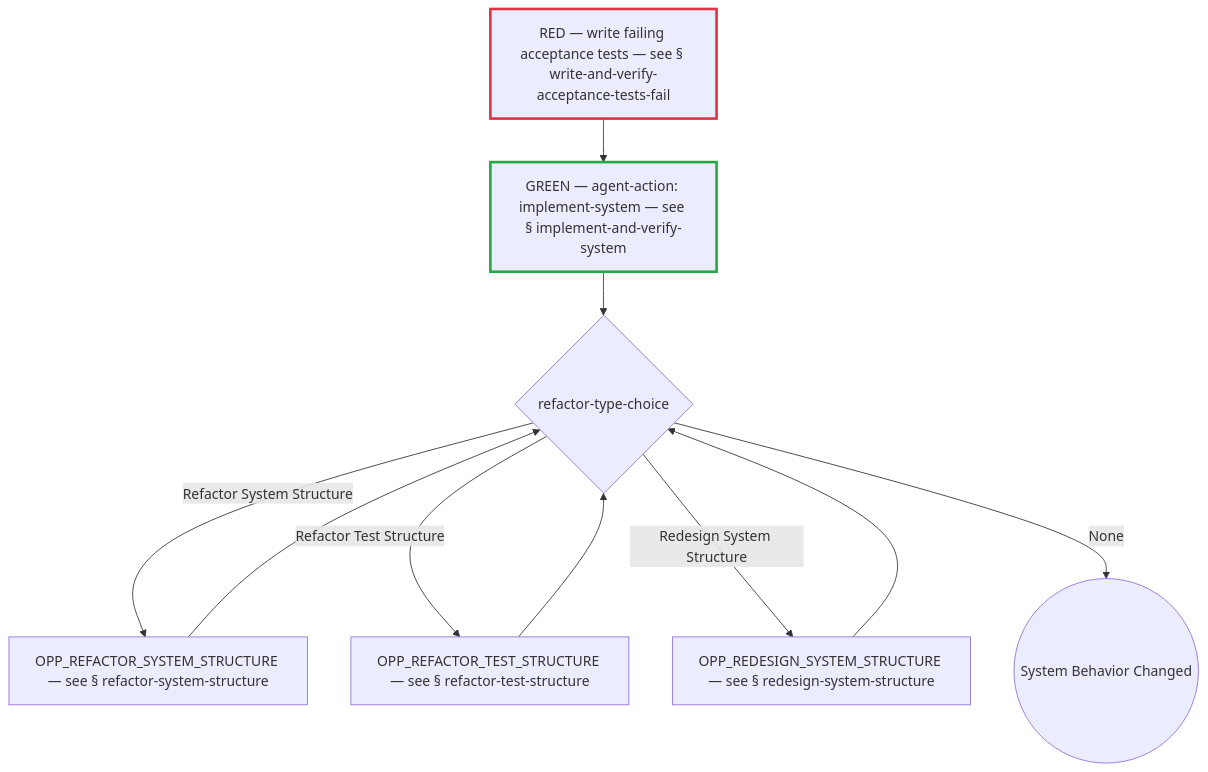
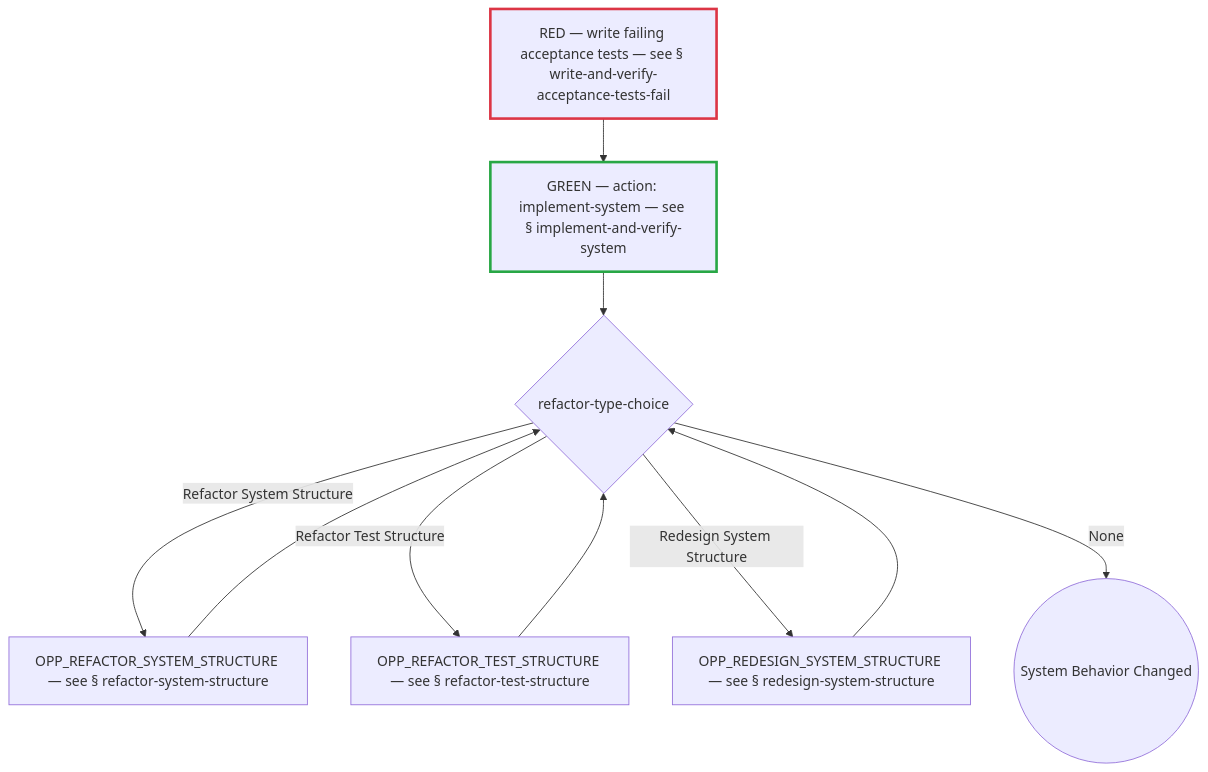
The eighth of 50 diagrams in docs/process-diagram.md (optivem/gh-optivem), drawn with Mermaid before and after one commit. The commit also changed other lines of this file and 6 other files, not shown here.

````diff
--- a/docs/process-diagram.md
+++ b/docs/process-diagram.md
@@ -200,26 +200,26 @@
 ```mermaid
 flowchart TD
     CHANGE_SYSTEM_BEHAVIOR_END((System Behavior Changed))
     GATE_OPPORTUNISTIC_REFACTOR{refactor-type-choice}
-    IMPLEMENT_AND_VERIFY_SYSTEM[GREEN — agent-action: implement-system — see § implement-and-verify-system]
+    IMPLEMENT_AND_VERIFY_SYSTEM[GREEN — action: implement-system — see § implement-and-verify-system]
     OPP_REDESIGN_SYSTEM_STRUCTURE[OPP_REDESIGN_SYSTEM_STRUCTURE — see § redesign-system-structure]
     OPP_REFACTOR_SYSTEM_STRUCTURE[OPP_REFACTOR_SYSTEM_STRUCTURE — see § refactor-system-structure]
     OPP_REFACTOR_TEST_STRUCTURE[OPP_REFACTOR_TEST_STRUCTURE — see § refactor-test-structure]
     WRITE_AND_VERIFY_ACCEPTANCE_TESTS_FAIL[RED — write failing acceptance tests — see § write-and-verify-acceptance-tests-fail]
 
     WRITE_AND_VERIFY_ACCEPTANCE_TESTS_FAIL --> IMPLEMENT_AND_VERIFY_SYSTEM
     IMPLEMENT_AND_VERIFY_SYSTEM --> GATE_OPPORTUNISTIC_REFACTOR
     GATE_OPPORTUNISTIC_REFACTOR -- Refactor System Structure --> OPP_REFACTOR_SYSTEM_STRUCTURE
     GATE_OPPORTUNISTIC_REFACTOR -- Refactor Test Structure --> OPP_REFACTOR_TEST_STRUCTURE
     GATE_OPPORTUNISTIC_REFACTOR -- Redesign System Structure --> OPP_REDESIGN_SYSTEM_STRUCTURE
     GATE_OPPORTUNISTIC_REFACTOR -- None --> CHANGE_SYSTEM_BEHAVIOR_END
     OPP_REFACTOR_SYSTEM_STRUCTURE --> GATE_OPPORTUNISTIC_REFACTOR
     OPP_REFACTOR_TEST_STRUCTURE --> GATE_OPPORTUNISTIC_REFACTOR
     OPP_REDESIGN_SYSTEM_STRUCTURE --> GATE_OPPORTUNISTIC_REFACTOR
 
     classDef tddRedNode stroke:#dc3545,stroke-width:3px
     class WRITE_AND_VERIFY_ACCEPTANCE_TESTS_FAIL tddRedNode
 
     classDef tddGreenNode stroke:#28a745,stroke-width:3px
     class IMPLEMENT_AND_VERIFY_SYSTEM tddGreenNode
 ```
````
